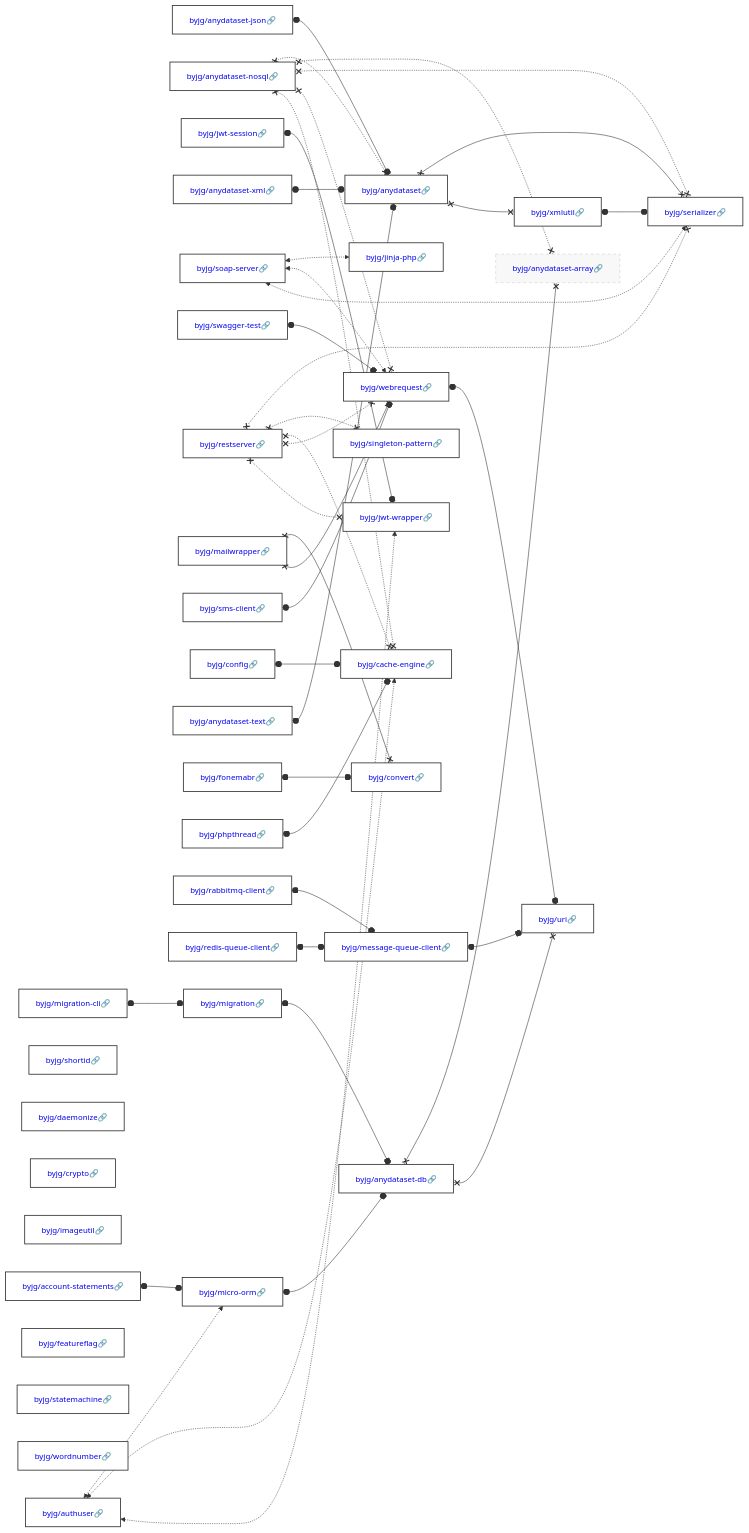
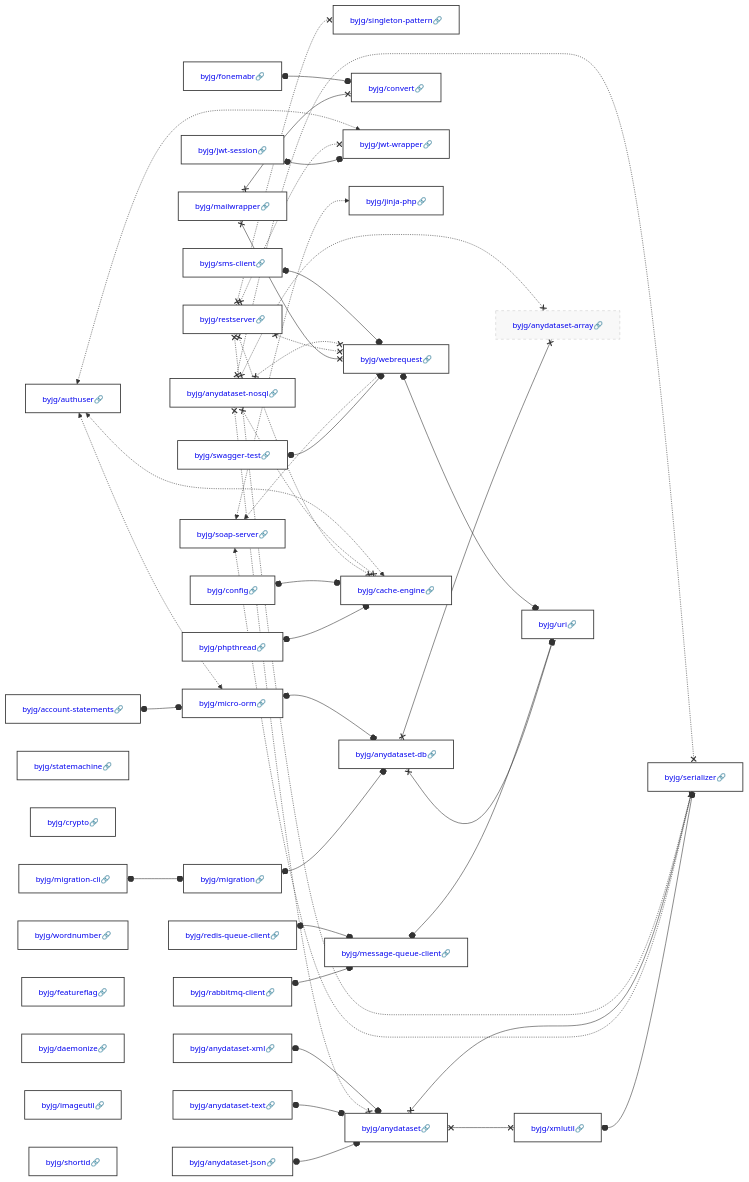
Before and after one commit to byjg/byjg.github.io: the diagram in docs/php/README.md, drawn with Mermaid. The commit also changed other lines of this file and 1 other file, not shown here.

Commit message:
Update documentation 'php' 'php-convert'

````diff
--- a/docs/php/README.md
+++ b/docs/php/README.md
@@ -3,45 +3,45 @@
 ```mermaid
 graph LR;
+  byjg/rabbitmq-client[<a href='https://opensource.byjg.com/docs/php/rabbitmq-client' style='text-decoration:none'>byjg/rabbitmq-client🔗</a>];
+  byjg/authuser[<a href='https://opensource.byjg.com/docs/php/authuser' style='text-decoration:none'>byjg/authuser🔗</a>];
+  byjg/anydataset-xml[<a href='https://opensource.byjg.com/docs/php/anydataset-xml' style='text-decoration:none'>byjg/anydataset-xml🔗</a>];
+  byjg/swagger-test[<a href='https://opensource.byjg.com/docs/php/swagger-test' style='text-decoration:none'>byjg/swagger-test🔗</a>];
+  byjg/fonemabr[<a href='https://opensource.byjg.com/docs/php/fonemabr' style='text-decoration:none'>byjg/fonemabr🔗</a>];
+  byjg/restserver[<a href='https://opensource.byjg.com/docs/php/restserver' style='text-decoration:none'>byjg/restserver🔗</a>];
+  byjg/account-statements[<a href='https://opensource.byjg.com/docs/php/account-statements' style='text-decoration:none'>byjg/account-statements🔗</a>];
+  byjg/sms-client[<a href='https://opensource.byjg.com/docs/php/sms-client' style='text-decoration:none'>byjg/sms-client🔗</a>];
+  byjg/anydataset-nosql[<a href='https://opensource.byjg.com/docs/php/anydataset-nosql' style='text-decoration:none'>byjg/anydataset-nosql🔗</a>];
+  byjg/statemachine[<a href='https://opensource.byjg.com/docs/php/statemachine' style='text-decoration:none'>byjg/statemachine🔗</a>];
+  byjg/crypto[<a href='https://opensource.byjg.com/docs/php/crypto' style='text-decoration:none'>byjg/crypto🔗</a>];
+  byjg/phpthread[<a href='https://opensource.byjg.com/docs/php/phpthread' style='text-decoration:none'>byjg/phpthread🔗</a>];
+  byjg/anydataset-text[<a href='https://opensource.byjg.com/docs/php/anydataset-text' style='text-decoration:none'>byjg/anydataset-text🔗</a>];
   byjg/migration-cli[<a href='https://opensource.byjg.com/docs/php/migration-cli' style='text-decoration:none'>byjg/migration-cli🔗</a>];
+  byjg/redis-queue-client[<a href='https://opensource.byjg.com/docs/php/redis-queue-client' style='text-decoration:none'>byjg/redis-queue-client🔗</a>];
+  byjg/wordnumber[<a href='https://opensource.byjg.com/docs/php/wordnumber' style='text-decoration:none'>byjg/wordnumber🔗</a>];
+  byjg/featureflag[<a href='https://opensource.byjg.com/docs/php/featureflag' style='text-decoration:none'>byjg/featureflag🔗</a>];
+  byjg/mailwrapper[<a href='https://opensource.byjg.com/docs/php/mailwrapper' style='text-decoration:none'>byjg/mailwrapper🔗</a>];
+  byjg/jwt-session[<a href='https://opensource.byjg.com/docs/php/jwt-session' style='text-decoration:none'>byjg/jwt-session🔗</a>];
+  byjg/daemonize[<a href='https://opensource.byjg.com/docs/php/daemonize' style='text-decoration:none'>byjg/daemonize🔗</a>];
+  byjg/soap-server[<a href='https://opensource.byjg.com/docs/php/soap-server' style='text-decoration:none'>byjg/soap-server🔗</a>];
+  byjg/anydataset-json[<a href='https://opensource.byjg.com/docs/php/anydataset-json' style='text-decoration:none'>byjg/anydataset-json🔗</a>];
+  byjg/imageutil[<a href='https://opensource.byjg.com/docs/php/imageutil' style='text-decoration:none'>byjg/imageutil🔗</a>];
   byjg/shortid[<a href='https://opensource.byjg.com/docs/php/shortid' style='text-decoration:none'>byjg/shortid🔗</a>];
-  byjg/anydataset-json[<a href='https://opensource.byjg.com/docs/php/anydataset-json' style='text-decoration:none'>byjg/anydataset-json🔗</a>];
-  byjg/anydataset-nosql[<a href='https://opensource.byjg.com/docs/php/anydataset-nosql' style='text-decoration:none'>byjg/anydataset-nosql🔗</a>];
-  byjg/jwt-session[<a href='https://opensource.byjg.com/docs/php/jwt-session' style='text-decoration:none'>byjg/jwt-session🔗</a>];
-  byjg/anydataset-xml[<a href='https://opensource.byjg.com/docs/php/anydataset-xml' style='text-decoration:none'>byjg/anydataset-xml🔗</a>];
-  byjg/soap-server[<a href='https://opensource.byjg.com/docs/php/soap-server' style='text-decoration:none'>byjg/soap-server🔗</a>];
-  byjg/daemonize[<a href='https://opensource.byjg.com/docs/php/daemonize' style='text-decoration:none'>byjg/daemonize🔗</a>];
-  byjg/swagger-test[<a href='https://opensource.byjg.com/docs/php/swagger-test' style='text-decoration:none'>byjg/swagger-test🔗</a>];
-  byjg/crypto[<a href='https://opensource.byjg.com/docs/php/crypto' style='text-decoration:none'>byjg/crypto🔗</a>];
-  byjg/imageutil[<a href='https://opensource.byjg.com/docs/php/imageutil' style='text-decoration:none'>byjg/imageutil🔗</a>];
-  byjg/restserver[<a href='https://opensource.byjg.com/docs/php/restserver' style='text-decoration:none'>byjg/restserver🔗</a>];
-  byjg/mailwrapper[<a href='https://opensource.byjg.com/docs/php/mailwrapper' style='text-decoration:none'>byjg/mailwrapper🔗</a>];
-  byjg/sms-client[<a href='https://opensource.byjg.com/docs/php/sms-client' style='text-decoration:none'>byjg/sms-client🔗</a>];
   byjg/config[<a href='https://opensource.byjg.com/docs/php/config' style='text-decoration:none'>byjg/config🔗</a>];
-  byjg/account-statements[<a href='https://opensource.byjg.com/docs/php/account-statements' style='text-decoration:none'>byjg/account-statements🔗</a>];
-  byjg/anydataset-text[<a href='https://opensource.byjg.com/docs/php/anydataset-text' style='text-decoration:none'>byjg/anydataset-text🔗</a>];
-  byjg/fonemabr[<a href='https://opensource.byjg.com/docs/php/fonemabr' style='text-decoration:none'>byjg/fonemabr🔗</a>];
-  byjg/phpthread[<a href='https://opensource.byjg.com/docs/php/phpthread' style='text-decoration:none'>byjg/phpthread🔗</a>];
-  byjg/featureflag[<a href='https://opensource.byjg.com/docs/php/featureflag' style='text-decoration:none'>byjg/featureflag🔗</a>];
-  byjg/statemachine[<a href='https://opensource.byjg.com/docs/php/statemachine' style='text-decoration:none'>byjg/statemachine🔗</a>];
-  byjg/rabbitmq-client[<a href='https://opensource.byjg.com/docs/php/rabbitmq-client' style='text-decoration:none'>byjg/rabbitmq-client🔗</a>];
-  byjg/wordnumber[<a href='https://opensource.byjg.com/docs/php/wordnumber' style='text-decoration:none'>byjg/wordnumber🔗</a>];
-  byjg/authuser[<a href='https://opensource.byjg.com/docs/php/authuser' style='text-decoration:none'>byjg/authuser🔗</a>];
-  byjg/redis-queue-client[<a href='https://opensource.byjg.com/docs/php/redis-queue-client' style='text-decoration:none'>byjg/redis-queue-client🔗</a>];
+  byjg/singleton-pattern[<a href='https://opensource.byjg.com/docs/php/singleton-pattern' style='text-decoration:none'>byjg/singleton-pattern🔗</a>];
+  byjg/micro-orm[<a href='https://opensource.byjg.com/docs/php/micro-orm' style='text-decoration:none'>byjg/micro-orm🔗</a>];
   byjg/migration[<a href='https://opensource.byjg.com/docs/php/migration' style='text-decoration:none'>byjg/migration🔗</a>];
+  byjg/message-queue-client[<a href='https://opensource.byjg.com/docs/php/message-queue-client' style='text-decoration:none'>byjg/message-queue-client🔗</a>];
+  byjg/convert[<a href='https://opensource.byjg.com/docs/php/convert' style='text-decoration:none'>byjg/convert🔗</a>];
+  byjg/jwt-wrapper[<a href='https://opensource.byjg.com/docs/php/jwt-wrapper' style='text-decoration:none'>byjg/jwt-wrapper🔗</a>];
   byjg/jinja-php[<a href='https://opensource.byjg.com/docs/php/jinja-php' style='text-decoration:none'>byjg/jinja-php🔗</a>];
-  byjg/singleton-pattern[<a href='https://opensource.byjg.com/docs/php/singleton-pattern' style='text-decoration:none'>byjg/singleton-pattern🔗</a>];
   byjg/webrequest[<a href='https://opensource.byjg.com/docs/php/webrequest' style='text-decoration:none'>byjg/webrequest🔗</a>];
   byjg/anydataset[<a href='https://opensource.byjg.com/docs/php/anydataset' style='text-decoration:none'>byjg/anydataset🔗</a>];
-  byjg/convert[<a href='https://opensource.byjg.com/docs/php/convert' style='text-decoration:none'>byjg/convert🔗</a>];
-  byjg/micro-orm[<a href='https://opensource.byjg.com/docs/php/micro-orm' style='text-decoration:none'>byjg/micro-orm🔗</a>];
   byjg/cache-engine[<a href='https://opensource.byjg.com/docs/php/cache-engine' style='text-decoration:none'>byjg/cache-engine🔗</a>];
-  byjg/jwt-wrapper[<a href='https://opensource.byjg.com/docs/php/jwt-wrapper' style='text-decoration:none'>byjg/jwt-wrapper🔗</a>];
-  byjg/message-queue-client[<a href='https://opensource.byjg.com/docs/php/message-queue-client' style='text-decoration:none'>byjg/message-queue-client🔗</a>];
+  byjg/anydataset-db[<a href='https://opensource.byjg.com/docs/php/anydataset-db' style='text-decoration:none'>byjg/anydataset-db🔗</a>];
   byjg/xmlutil[<a href='https://opensource.byjg.com/docs/php/xmlutil' style='text-decoration:none'>byjg/xmlutil🔗</a>];
-  byjg/anydataset-db[<a href='https://opensource.byjg.com/docs/php/anydataset-db' style='text-decoration:none'>byjg/anydataset-db🔗</a>];
-  byjg/serializer[<a href='https://opensource.byjg.com/docs/php/serializer' style='text-decoration:none'>byjg/serializer🔗</a>];
   byjg/anydataset-array[<a href='https://opensource.byjg.com/docs/php/anydataset-array' style='text-decoration:none'>byjg/anydataset-array🔗</a>];
   byjg/uri[<a href='https://opensource.byjg.com/docs/php/uri' style='text-decoration:none'>byjg/uri🔗</a>];
+  byjg/serializer[<a href='https://opensource.byjg.com/docs/php/serializer' style='text-decoration:none'>byjg/serializer🔗</a>];
   byjg/xmlutil o--o byjg/serializer;
   byjg/rabbitmq-client o--o byjg/message-queue-client;
   byjg/migration o--o byjg/anydataset-db;
````
